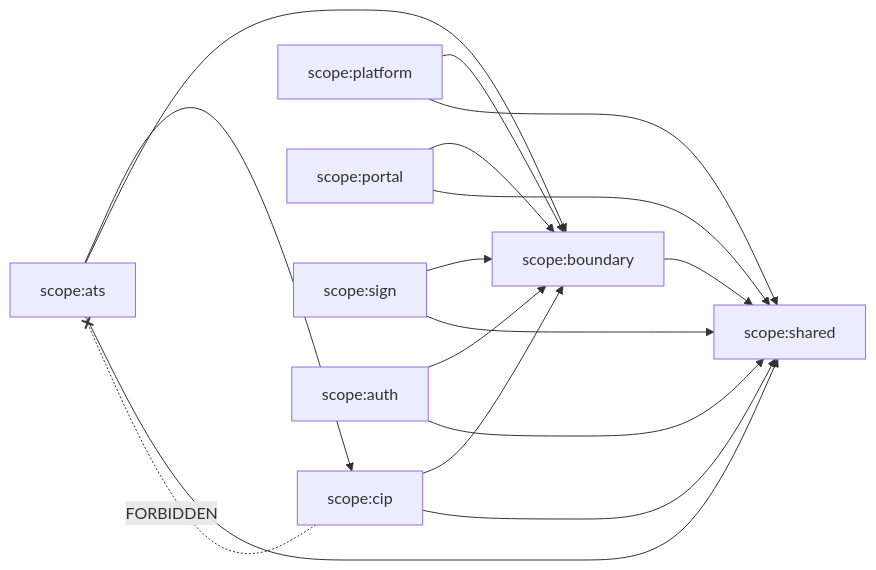
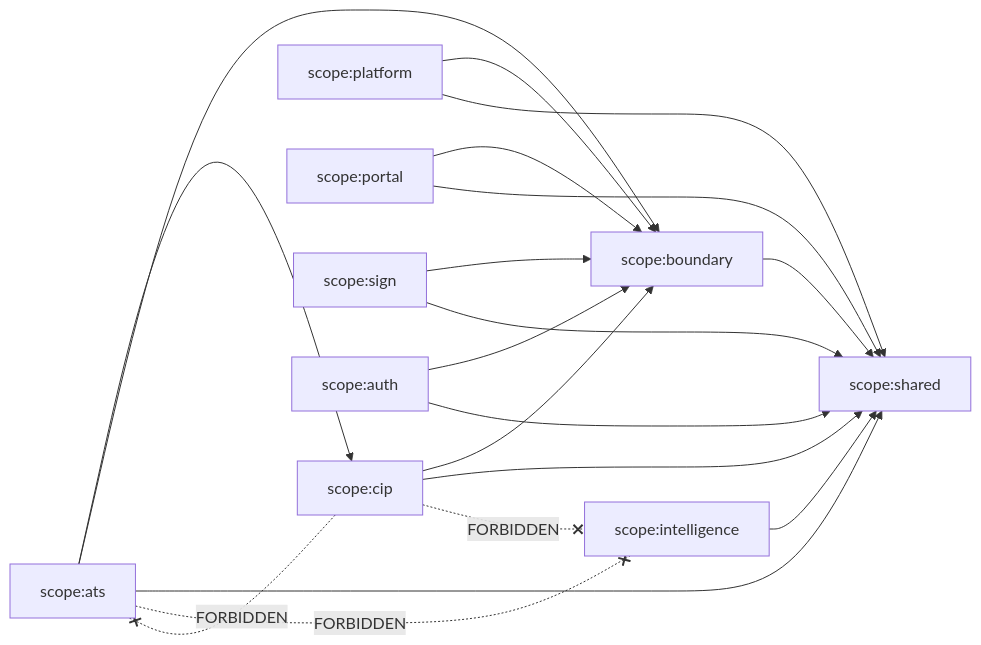
One commit to astreinc/aramo-platform changed the second of 2 diagrams in doc/recon/as-built/D01-system-context-topology.md. Above: the diagram before and after it, drawn with Mermaid. The commit also changed other lines of this file and 59 other files, not shown here.

````diff
--- a/doc/recon/as-built/D01-system-context-topology.md
+++ b/doc/recon/as-built/D01-system-context-topology.md
@@ -158,27 +228,31 @@
 ```mermaid
 flowchart LR
   ats[scope:ats]
   cip[scope:cip]
+  intel[scope:intelligence]
   platform[scope:platform]
   portal[scope:portal]
   sign[scope:sign]
   auth[scope:auth]
   boundary[scope:boundary]
   shared[scope:shared]
 
   ats --> cip
   ats --> boundary
   ats --> shared
   cip --> boundary
   cip --> shared
+  intel --> shared
   platform --> boundary
   platform --> shared
   portal --> boundary
   portal --> shared
   sign --> boundary
   sign --> shared
   auth --> boundary
   auth --> shared
   boundary --> shared
   cip -. FORBIDDEN .-x ats
+  ats -. FORBIDDEN .-x intel
+  cip -. FORBIDDEN .-x intel
 ```
````
